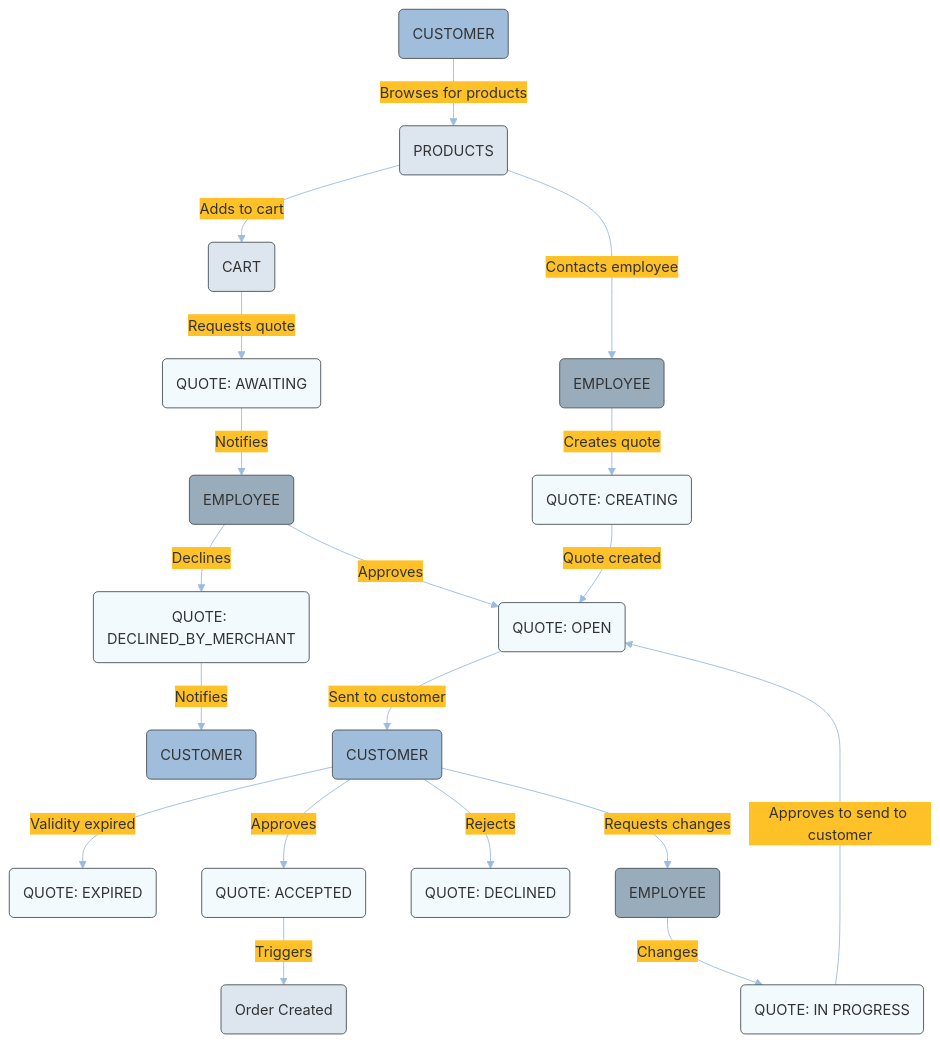
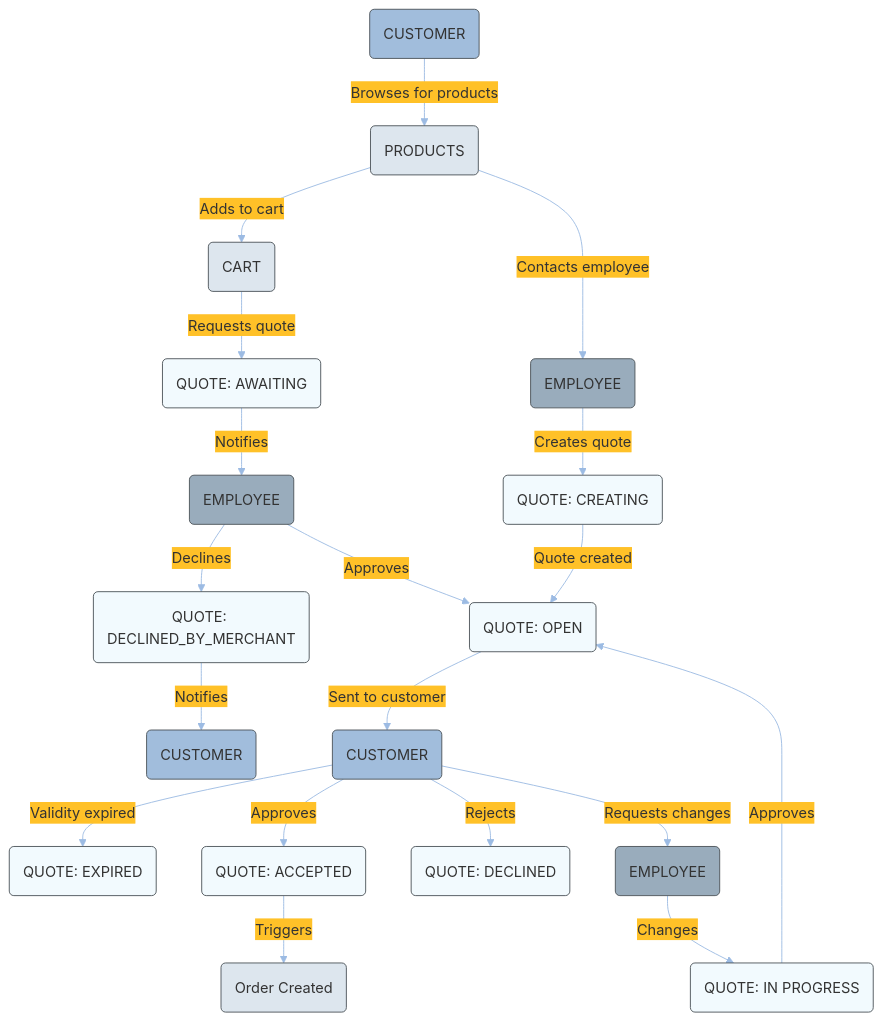
The diagram in quotes/quote/quote.md (emporix/api-references), drawn with Mermaid before and after one commit.

````diff
--- a/quotes/quote/quote.md
+++ b/quotes/quote/quote.md
@@ -65,66 +65,66 @@
 ```mermaid
 ---
 config:
   layout: fixed
   theme: base
   look: classic
   themeVariables:
     background: transparent
     lineColor: "#9CBBE3"
     arrowheadColor: "#9CBBE3"
     edgeLabelBackground: "#FFC128" 
     edgeLabelTextColor: "#4C5359"
     actorBorder: '#4C5359'
 ---
 graph TD
     CUSTOMER1(CUSTOMER)
     PRODUCTS(PRODUCTS)
     
     CUSTOMER1 -->|Browses for products| PRODUCTS
     
     PRODUCTS -->|Adds to cart| CART(CART)    
     PRODUCTS -->|Contacts employee| EMPLOYEE1(EMPLOYEE)
     
     EMPLOYEE1 -->|Creates quote| CREATING(QUOTE: CREATING)
     CART -->|Requests quote| QUOTE_REQUEST(QUOTE: AWAITING)
     
     QUOTE_REQUEST -->|Notifies| EMPLOYEE2(EMPLOYEE)
     
     CREATING -->|Quote created| OPEN(QUOTE: OPEN)
     
-    IN_PROGRESS -->|Approves to send to customer| OPEN   
+    IN_PROGRESS -->|Approves| OPEN   
     EMPLOYEE2 -->|Declines| DECLINED_MERCHANT(QUOTE: DECLINED_BY_MERCHANT) 
     EMPLOYEE2 -->|Approves| OPEN
     
     DECLINED_MERCHANT -->|Notifies| CUSTOMER3(CUSTOMER)
 
     CUSTOMER2 -->|Validity expired| EXPIRED(QUOTE: EXPIRED)
     
     OPEN -->|Sent to customer| CUSTOMER2(CUSTOMER)
     
     CUSTOMER2 -->|Approves| ACCEPTED(QUOTE: ACCEPTED)
     CUSTOMER2 -->|Rejects| DECLINED(QUOTE: DECLINED)
     CUSTOMER2 -->|Requests changes| EMPLOYEE3(EMPLOYEE)
     EMPLOYEE3 -->|Changes| IN_PROGRESS(QUOTE: IN PROGRESS)
     
     ACCEPTED -->|Triggers| ORDER(Order Created)
     
     style CREATING fill:#F2FAFE, stroke:#4C5359
     style OPEN fill:#F2FAFE, stroke:#4C5359
     style IN_PROGRESS fill:#F2FAFE, stroke:#4C5359
     style ACCEPTED fill:#F2FAFE, stroke:#4C5359
     style DECLINED fill:#F2FAFE, stroke:#4C5359
     style DECLINED_MERCHANT fill:#F2FAFE, stroke:#4C5359
     style EXPIRED fill:#F2FAFE, stroke:#4C5359
 
     style CUSTOMER1 fill:#A1BDDC, stroke:#4C5359
     style CUSTOMER2 fill:#A1BDDC, stroke:#4C5359
     style CUSTOMER3 fill:#A1BDDC, stroke:#4C5359
     style EMPLOYEE1 fill:#99ACBC, stroke:#4C5359
     style EMPLOYEE2 fill:#99ACBC, stroke:#4C5359
     style EMPLOYEE3 fill:#99ACBC, stroke:#4C5359
     style CART fill:#DDE6EE, stroke:#4C5359
     style PRODUCTS fill:#DDE6EE, stroke:#4C5359
     style QUOTE_REQUEST fill:#F2FAFE, stroke:#4C5359
     style ORDER fill:#DDE6EE, stroke:#4C5359
 ```
````
